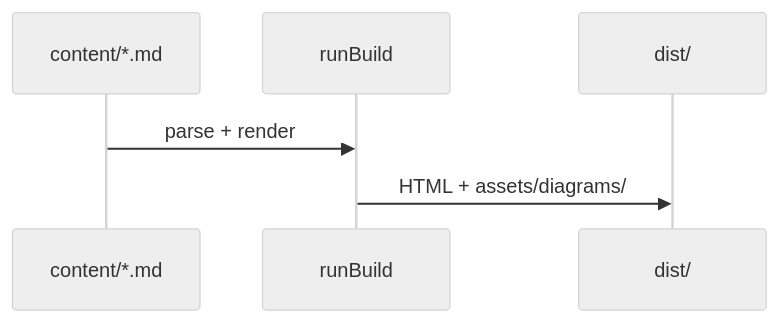
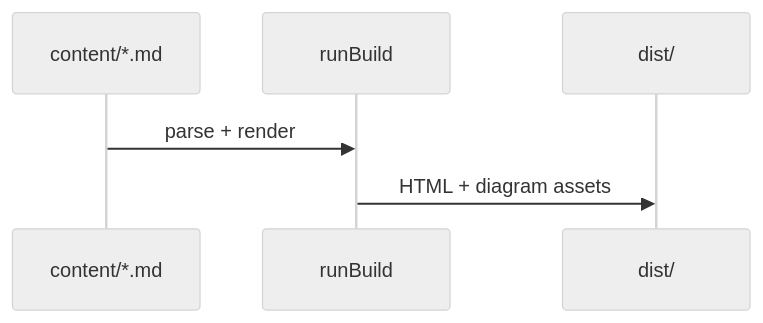
One commit to masanork/sorane changed the second of 2 diagrams in website/content/diagrams.md. Above: the diagram before and after it, drawn with Mermaid (neutral theme). The commit also changed other lines of this file and 187 other files, not shown here.

Commit message:
refactor: simplify Sorane core architecture

````diff
--- a/website/content/diagrams.md
+++ b/website/content/diagrams.md
@@ -25,8 +21,9 @@
-```mermaid alt="ビルドパイプライン"
+```mermaid
+%% alt: ビルドパイプライン
 sequenceDiagram
   participant MD as content/*.md
   participant BUILD as runBuild
   participant DIST as dist/
   MD->>BUILD: parse + render
-  BUILD->>DIST: HTML + assets/diagrams/
+  BUILD->>DIST: HTML + diagram assets
 ```
````
